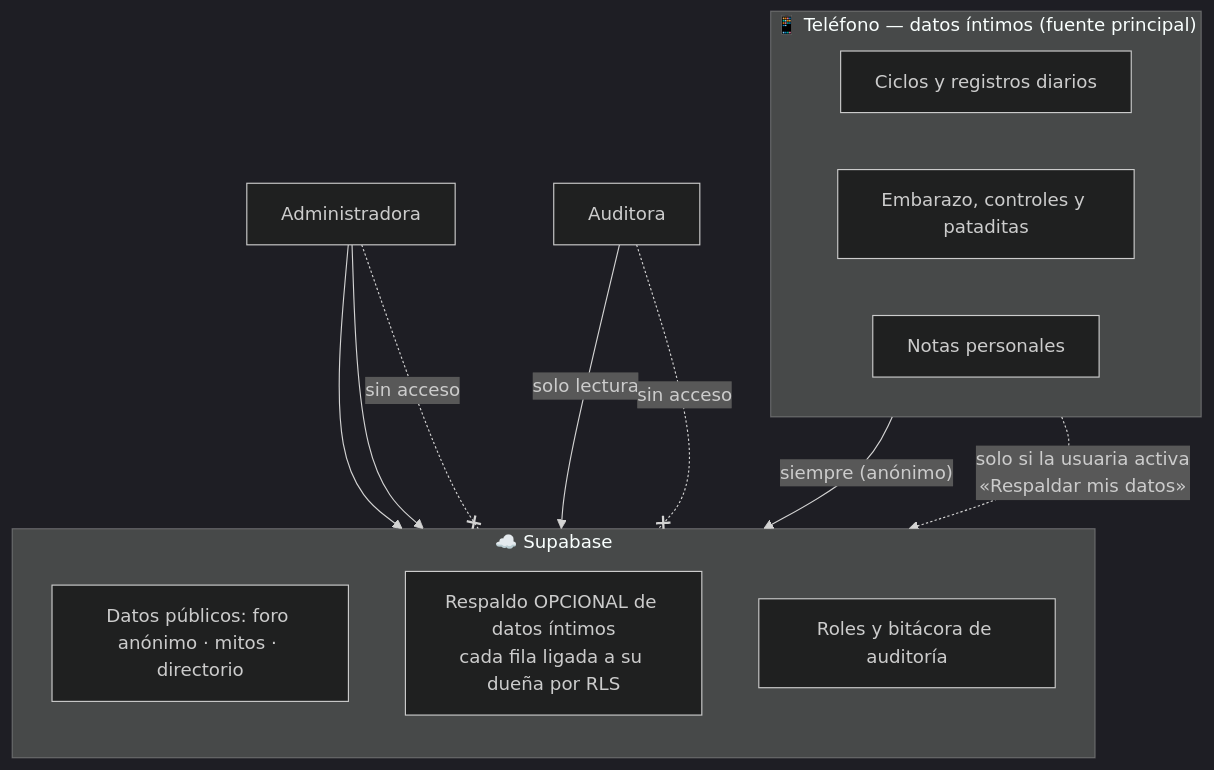
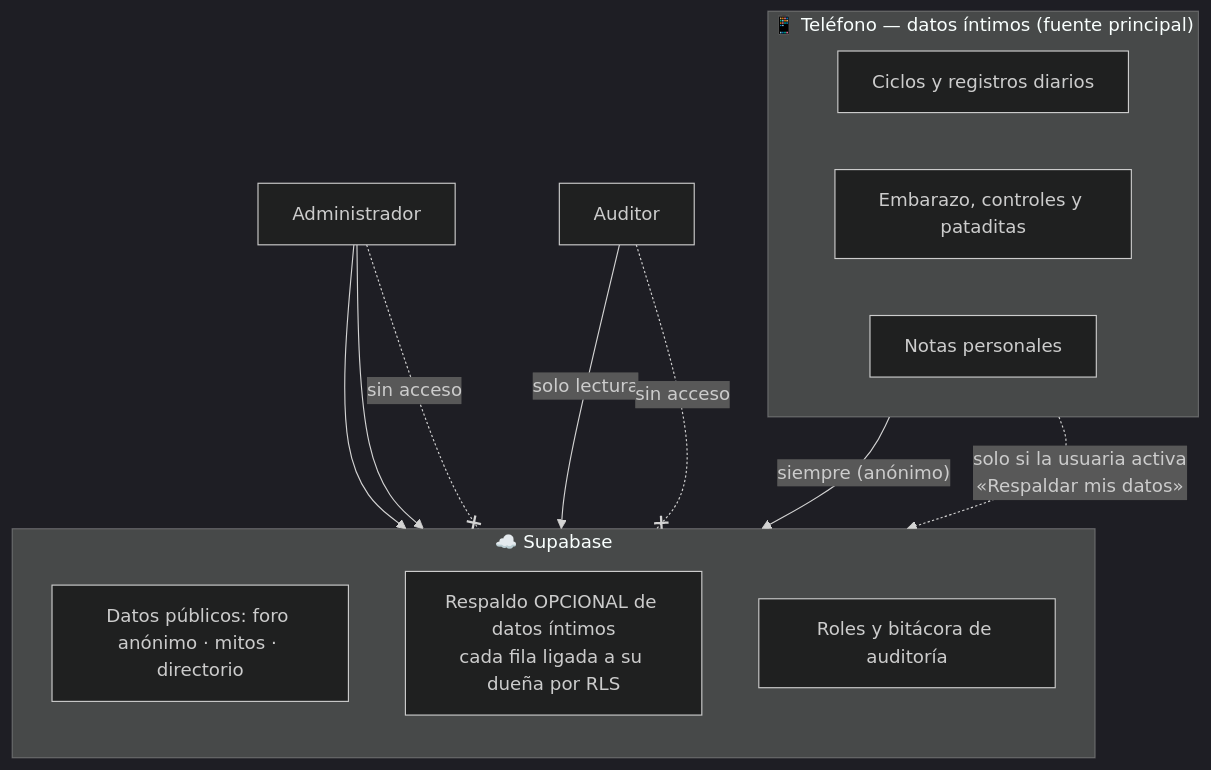
One commit to cuoconatwatah-create/Metztli changed the first of 2 diagrams in docs/SEGURIDAD_Y_BUENAS_PRACTICAS.md. Above: the diagram before and after it, drawn with Mermaid (dark theme). The commit also changed other lines of this file and 18 other files, not shown here.

First line of the commit message:
docs,fix(ui): nombres de roles generales (Usuario, Administrador, Auditor)

````diff
--- a/docs/SEGURIDAD_Y_BUENAS_PRACTICAS.md
+++ b/docs/SEGURIDAD_Y_BUENAS_PRACTICAS.md
@@ -13,21 +13,21 @@
 ```mermaid
 flowchart TB
     subgraph T["📱 Teléfono — datos íntimos (fuente principal)"]
         D1[Ciclos y registros diarios]
         D2[Embarazo, controles y pataditas]
         D3[Notas personales]
     end
     subgraph N["☁️ Supabase"]
         direction TB
         P1[Datos públicos: foro anónimo · mitos · directorio]
         P2[Respaldo OPCIONAL de datos íntimos<br/>cada fila ligada a su dueña por RLS]
         P3[Roles y bitácora de auditoría]
     end
     T -- "siempre (anónimo)" --> P1
     T -. "solo si la usuaria activa<br/>«Respaldar mis datos»" .-> P2
-    ADM[Administradora] --> P1
+    ADM[Administrador] --> P1
     ADM --> P3
-    AUD[Auditora] -->|solo lectura| P3
+    AUD[Auditor] -->|solo lectura| P3
     ADM -. "sin acceso" .-x P2
     AUD -. "sin acceso" .-x P2
 ```
````
